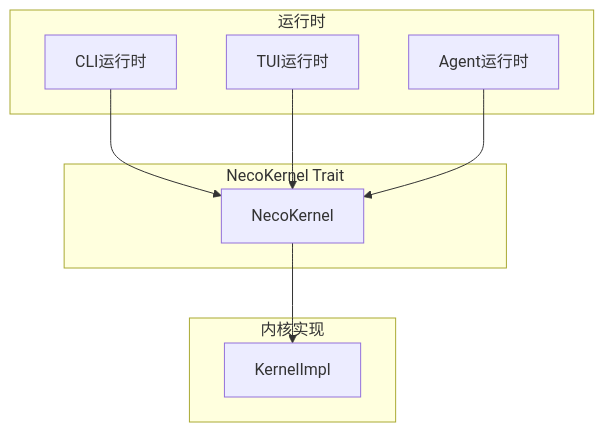
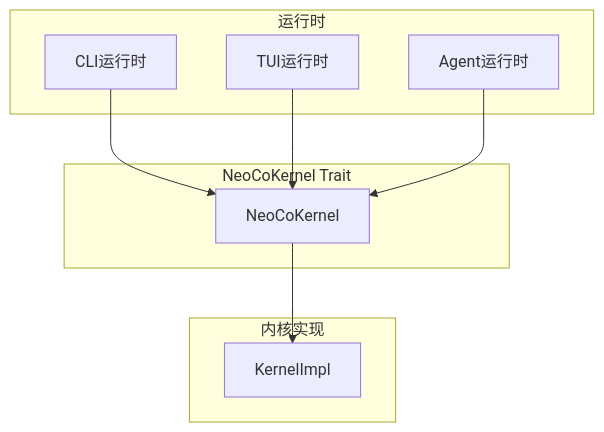
Before and after one commit to MiyakoMeow/neco: diagram 17 of 18 in progress/TECH.md, drawn with Mermaid. The commit also changed other lines of this file and 14 other files, not shown here.

````diff
--- a/progress/TECH.md
+++ b/progress/TECH.md
@@ -1060,21 +1060,21 @@
 ```mermaid
 graph TB
     subgraph "运行时"
         R1[CLI运行时]
         R2[TUI运行时]
         R3[Agent运行时]
     end
     
-    subgraph "NecoKernel Trait"
-        NK[NecoKernel]
+    subgraph "NeoCoKernel Trait"
+        NK[NeoCoKernel]
     end
     
     subgraph "内核实现"
         K1[KernelImpl]
     end
     
     R1 --> NK
     R2 --> NK
     R3 --> NK
     NK --> K1
 ```
````
